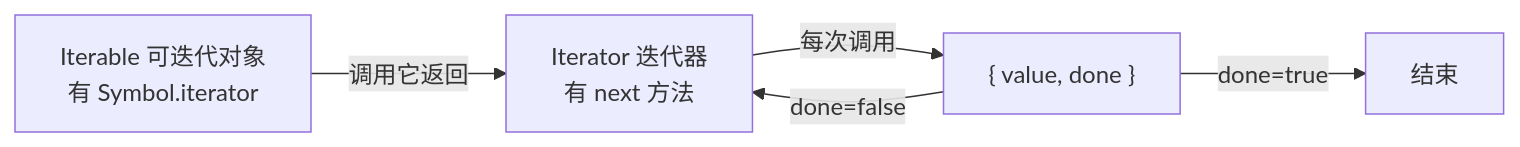
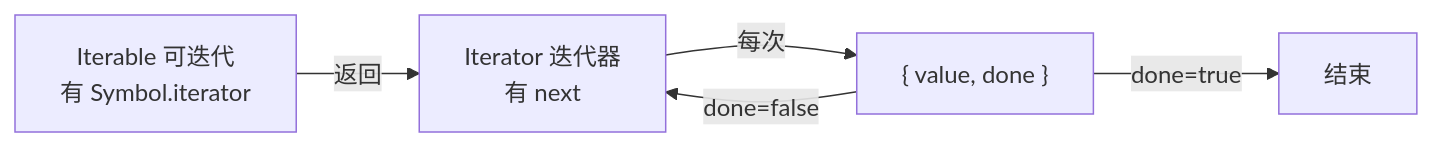
Before and after one commit to inspire-man/frontend-knowledge-base: the diagram in frontend-knowledge-base/卷一-JavaScript语言内核/1.6-迭代器与生成器.md, drawn with Mermaid. The commit also changed other lines of this file and 3 other files, not shown here.

````diff
--- a/frontend-knowledge-base/卷一-JavaScript语言内核/1.6-迭代器与生成器.md
+++ b/frontend-knowledge-base/卷一-JavaScript语言内核/1.6-迭代器与生成器.md
@@ -16,7 +16,7 @@
 ```mermaid
 flowchart LR
-    A[Iterable 可迭代对象<br/>有 Symbol.iterator] -->|调用它返回| B[Iterator 迭代器<br/>有 next 方法]
-    B -->|每次调用| C["{ value, done }"]
+    A[Iterable 可迭代<br/>有 Symbol.iterator] -->|返回| B[Iterator 迭代器<br/>有 next]
+    B -->|每次| C["{ value, done }"]
     C -->|done=false| B
     C -->|done=true| D[结束]
 ```
````
